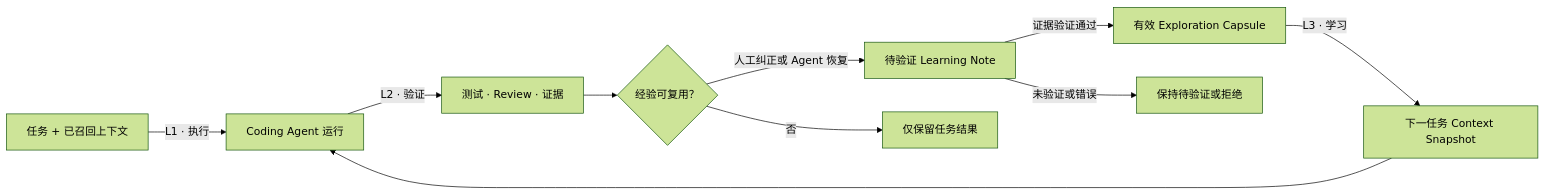
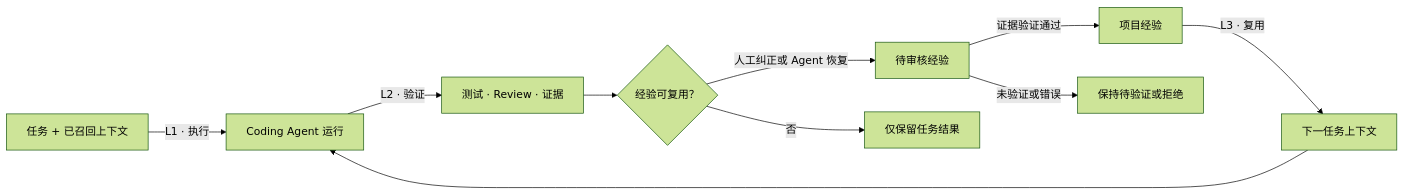
Before and after one commit to MoonTseng/RunEngram: the first of 2 diagrams in README.zh-CN.md, drawn with Mermaid (forest theme). The commit also changed other lines of this file and 1 other file, not shown here.

````diff
--- a/README.zh-CN.md
+++ b/README.zh-CN.md
@@ -47,12 +51,12 @@
 ```mermaid
 flowchart LR
     A["任务 + 已召回上下文"] -->|"L1 · 执行"| B["Coding Agent 运行"]
     B -->|"L2 · 验证"| C["测试 · Review · 证据"]
     C --> D{"经验可复用？"}
-    D -->|"人工纠正或 Agent 恢复"| E["待验证 Learning Note"]
+    D -->|"人工纠正或 Agent 恢复"| E["待审核经验"]
     D -->|"否"| H["仅保留任务结果"]
-    E -->|"证据验证通过"| F["有效 Exploration Capsule"]
+    E -->|"证据验证通过"| F["项目经验"]
     E -->|"未验证或错误"| G["保持待验证或拒绝"]
-    F -->|"L3 · 学习"| I["下一任务 Context Snapshot"]
+    F -->|"L3 · 复用"| I["下一任务上下文"]
     I --> B
 ```
````
